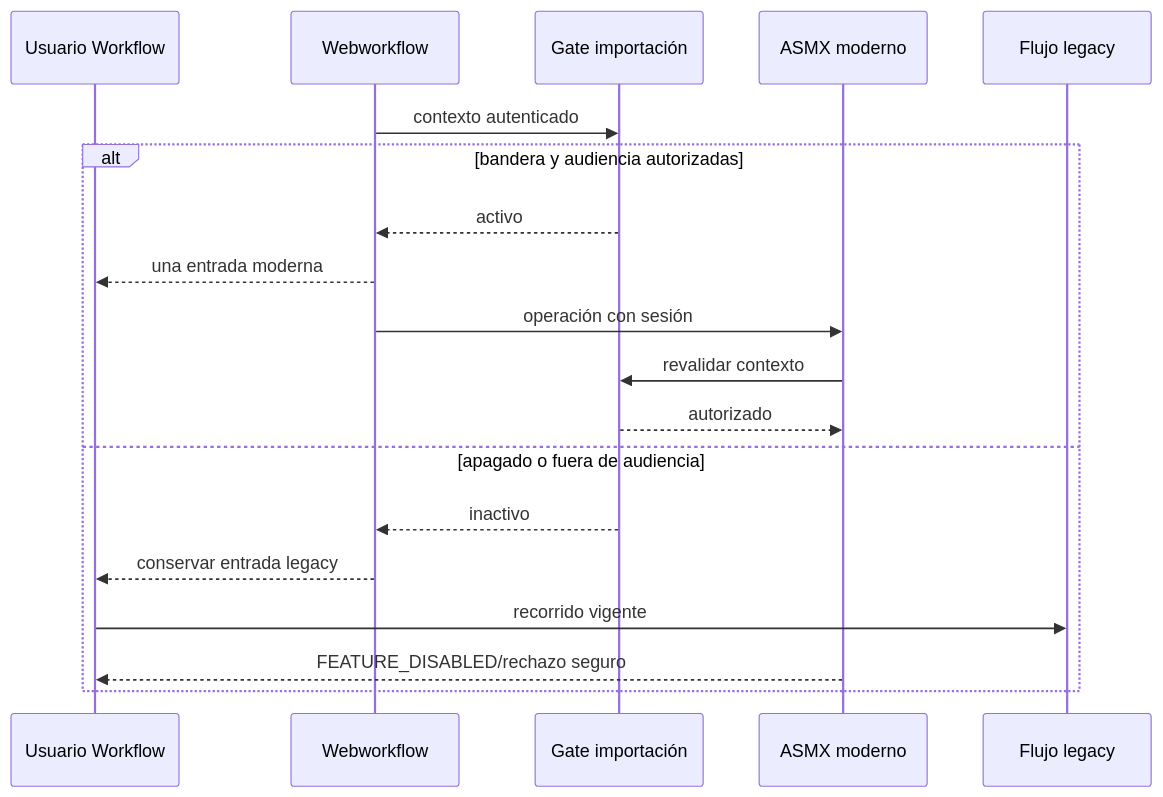
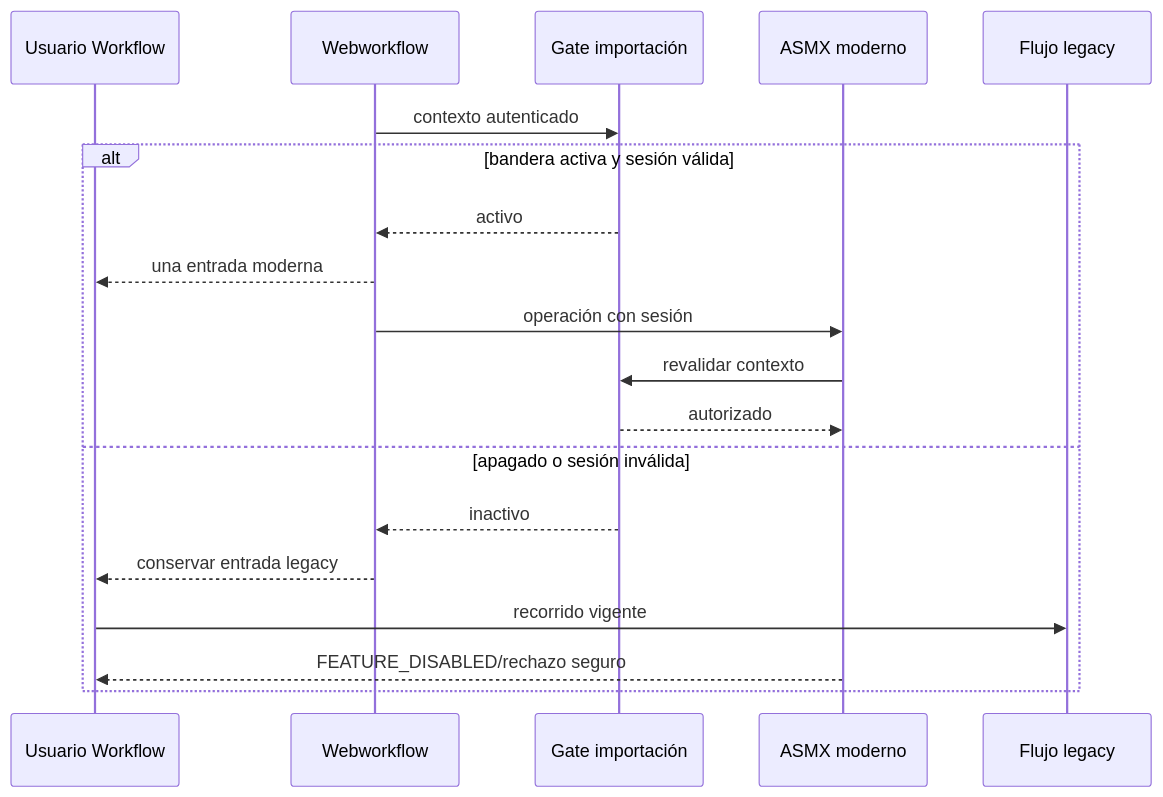
One commit to miguelurueta/DocuArchiNet changed the diagram in Doc/Actualizacion/workflow/ImportarServicioWeb/DOC-79-pruebas-gate-transicion-legacy/Diagramas/secuencia-gate-rollback.md. Above: the diagram before and after it, drawn with Mermaid. The commit also changed 14 other files, not shown here.

````diff
--- a/Doc/Actualizacion/workflow/ImportarServicioWeb/DOC-79-pruebas-gate-transicion-legacy/Diagramas/secuencia-gate-rollback.md
+++ b/Doc/Actualizacion/workflow/ImportarServicioWeb/DOC-79-pruebas-gate-transicion-legacy/Diagramas/secuencia-gate-rollback.md
@@ -3,22 +3,22 @@
 ```mermaid
 sequenceDiagram
     participant U as Usuario Workflow
     participant P as Webworkflow
     participant G as Gate importación
     participant A as ASMX moderno
     participant L as Flujo legacy
 
     P->>G: contexto autenticado
-    alt bandera y audiencia autorizadas
+    alt bandera activa y sesión válida
         G-->>P: activo
         P-->>U: una entrada moderna
         P->>A: operación con sesión
         A->>G: revalidar contexto
         G-->>A: autorizado
-    else apagado o fuera de audiencia
+    else apagado o sesión inválida
         G-->>P: inactivo
         P-->>U: conservar entrada legacy
         U->>L: recorrido vigente
         A-->>U: FEATURE_DISABLED/rechazo seguro
     end
 ```
````
